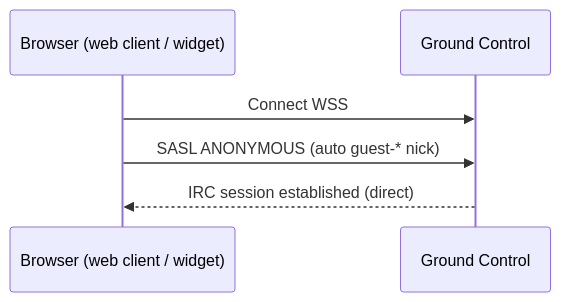
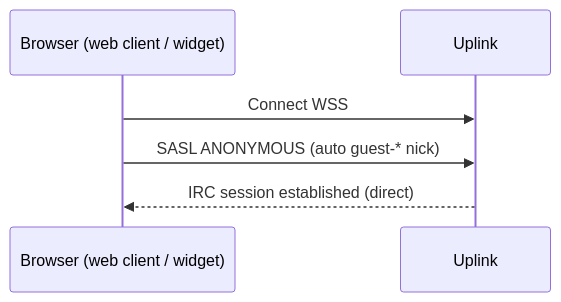
The third of 3 diagrams in spec/03-identity/01-authentication.md (hivecom/orbit-spec), drawn with Mermaid before and after one commit. The commit also changed other lines of this file and 45 other files, not shown here.

First line of the commit message:
Rename Ground Control to Uplink and reorganize

````diff
--- a/spec/03-identity/01-authentication.md
+++ b/spec/03-identity/01-authentication.md
@@ -110,9 +110,9 @@
 ```mermaid
 sequenceDiagram
     participant BR as Browser (web client / widget)
-    participant GC as Ground Control
+    participant GC as Uplink
 
     BR->>GC: Connect WSS
     BR->>GC: SASL ANONYMOUS (auto guest-* nick)
     GC-->>BR: IRC session established (direct)
 ```
````
